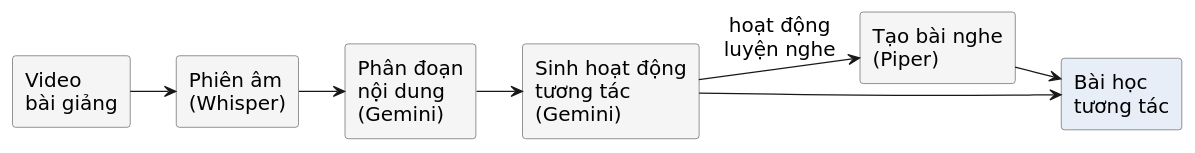
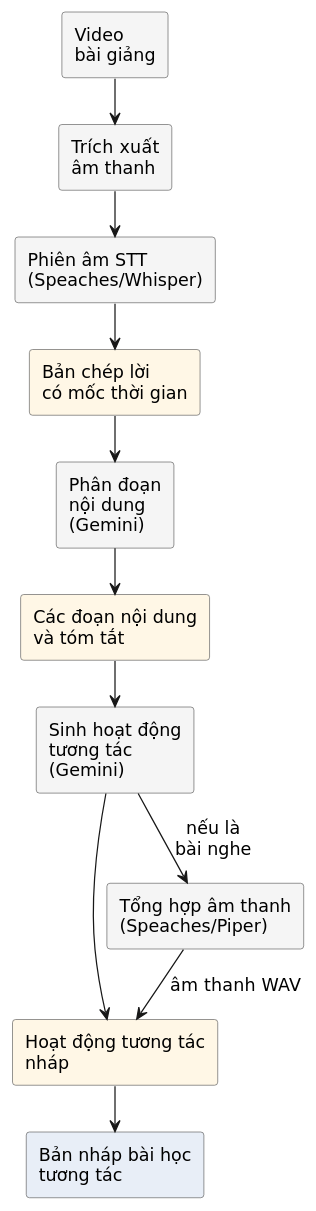
Before and after one commit to tuyennguyentech/bachelor-thesis: the diagram in tex/main/Hinhve/chuong_3/quytrinhai.puml, drawn with PlantUML. The commit also changed 6 other files, not shown here.

```diff
--- a/tex/main/Hinhve/chuong_3/quytrinhai.puml
+++ b/tex/main/Hinhve/chuong_3/quytrinhai.puml
@@ -1,25 +1,32 @@
 @startuml quytrinhai
 !pragma layout smetana
-left to right direction
 skinparam defaultFontName "DejaVu Sans"
-skinparam defaultFontSize 16
+skinparam defaultFontSize 14
 skinparam shadowing false
 skinparam rectangle {
   BackgroundColor #F5F5F5
   BorderColor #555555
 }
 
 rectangle "Video\nbài giảng" as V
-rectangle "Phiên âm\n(Whisper)" as STT
+rectangle "Trích xuất\nâm thanh" as AUDIO
+rectangle "Phiên âm STT\n(Speaches/Whisper)" as STT
+rectangle "Bản chép lời\ncó mốc thời gian" as TRANSCRIPT #FFF7E6
 rectangle "Phân đoạn\nnội dung\n(Gemini)" as CHUNK
+rectangle "Các đoạn nội dung\nvà tóm tắt" as SEGMENTS #FFF7E6
 rectangle "Sinh hoạt động\ntương tác\n(Gemini)" as GEN
-rectangle "Tạo bài nghe\n(Piper)" as TTS
-rectangle "Bài học\ntương tác" as OUT #E8EEF7
+rectangle "Hoạt động tương tác\nnháp" as DRAFT #FFF7E6
+rectangle "Tổng hợp âm thanh\n(Speaches/Piper)" as TTS
+rectangle "Bản nháp bài học\ntương tác" as OUT #E8EEF7
 
-V --> STT
-STT --> CHUNK
-CHUNK --> GEN
-GEN --> OUT
-GEN --> TTS : hoạt động\nluyện nghe
-TTS --> OUT
+V --> AUDIO
+AUDIO --> STT
+STT --> TRANSCRIPT
+TRANSCRIPT --> CHUNK
+CHUNK --> SEGMENTS
+SEGMENTS --> GEN
+GEN --> DRAFT
+DRAFT --> OUT
+GEN --> TTS : nếu là\nbài nghe
+TTS --> DRAFT : âm thanh WAV
 @enduml
```
